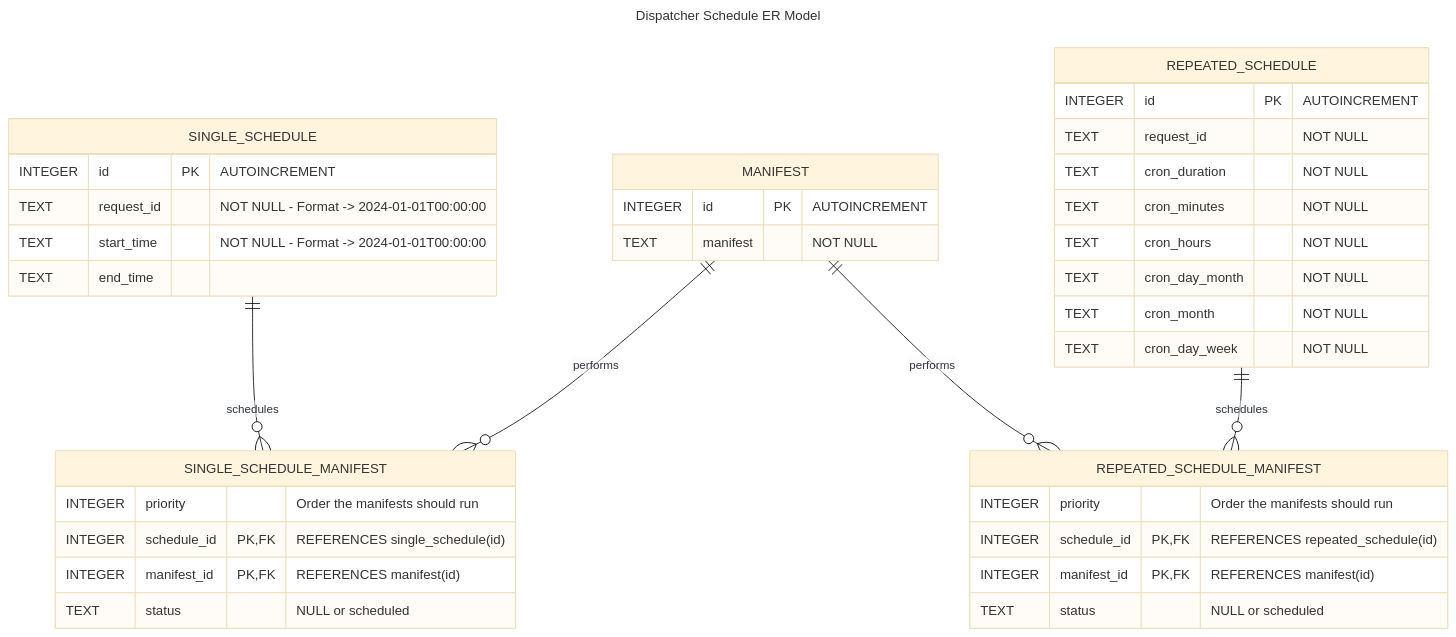
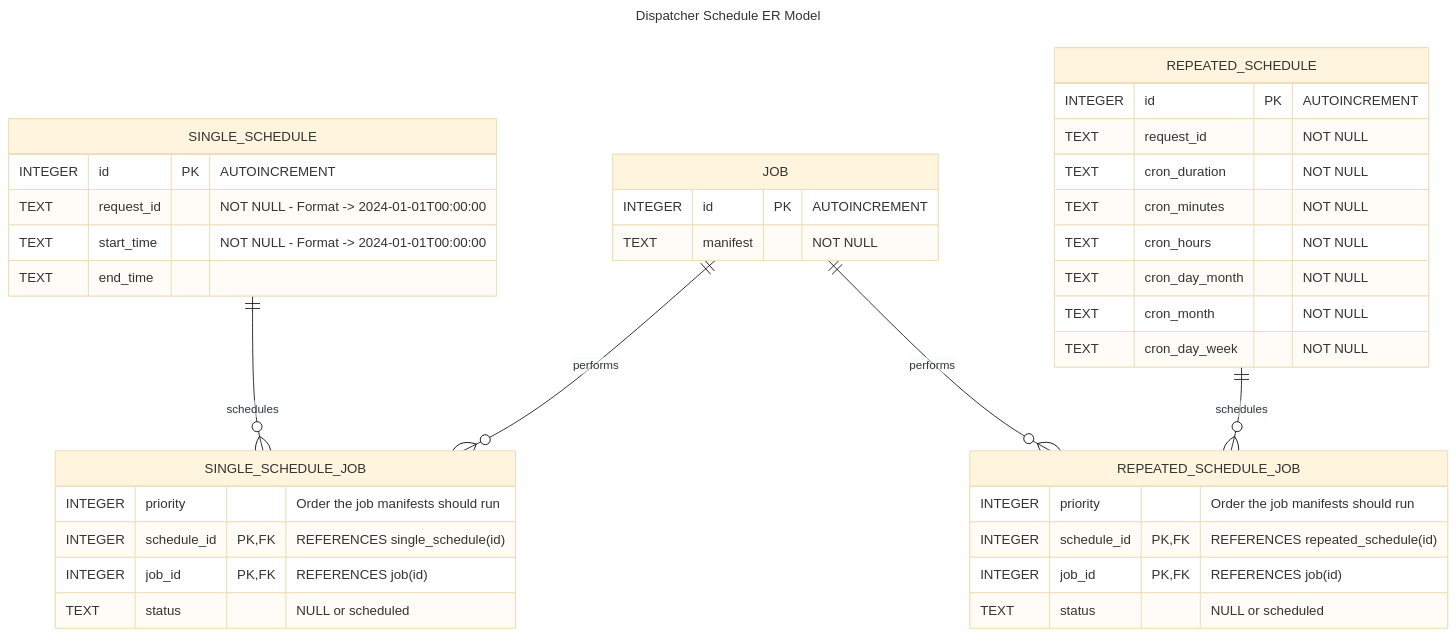
One commit to intel/intel-inb-manageability changed the diagram in docs/Dispatcher Scheduling DB Design.md. Above: the diagram before and after it, drawn with Mermaid (base theme). The commit also changed other lines of this file and 5 other files, not shown here.

Commit message:
change manifest table to job table and other fixes and changes

````diff
--- a/docs/Dispatcher Scheduling DB Design.md
+++ b/docs/Dispatcher Scheduling DB Design.md
@@ -22,49 +22,49 @@
 ```mermaid
 ---
 
 title: Dispatcher Schedule ER Model
 
 ---
 
 erDiagram
-    SINGLE_SCHEDULE ||--o{ SINGLE_SCHEDULE_MANIFEST : schedules
-    SINGLE_SCHEDULE_MANIFEST {
-        INTEGER priority "Order the manifests should run"
+    SINGLE_SCHEDULE ||--o{ SINGLE_SCHEDULE_JOB : schedules
+    SINGLE_SCHEDULE_JOB {
+        INTEGER priority "Order the job manifests should run"
         INTEGER schedule_id PK, FK "REFERENCES single_schedule(id)"
-        INTEGER manifest_id PK, FK "REFERENCES manifest(id)"
+        INTEGER job_id PK, FK "REFERENCES job(id)"
         TEXT status "NULL or scheduled"
     }
 
     SINGLE_SCHEDULE {
         INTEGER id PK "AUTOINCREMENT"
         TEXT request_id "NOT NULL - Format -> 2024-01-01T00:00:00"
         TEXT start_time "NOT NULL - Format -> 2024-01-01T00:00:00"
         TEXT end_time
     }
-    MANIFEST ||--o{ SINGLE_SCHEDULE_MANIFEST : performs
-    MANIFEST ||--o{ REPEATED_SCHEDULE_MANIFEST : performs
+    JOB ||--o{ SINGLE_SCHEDULE_JOB: performs
+    JOB ||--o{ REPEATED_SCHEDULE_JOB : performs
 
-    MANIFEST {
+    JOB {
         INTEGER id PK "AUTOINCREMENT"
         TEXT manifest "NOT NULL"
     }
-    REPEATED_SCHEDULE ||--o{ REPEATED_SCHEDULE_MANIFEST : schedules
-    REPEATED_SCHEDULE_MANIFEST {
-        INTEGER priority "Order the manifests should run"
+    REPEATED_SCHEDULE ||--o{ REPEATED_SCHEDULE_JOB : schedules
+    REPEATED_SCHEDULE_JOB {
+        INTEGER priority "Order the job manifests should run"
         INTEGER schedule_id PK, FK "REFERENCES repeated_schedule(id)"
-        INTEGER manifest_id PK, FK "REFERENCES manifest(id)"
+        INTEGER job_id PK, FK "REFERENCES job(id)"
         TEXT status "NULL or scheduled"
     }
 
     REPEATED_SCHEDULE {
         INTEGER id PK "AUTOINCREMENT"
         TEXT request_id "NOT NULL"
         TEXT cron_duration "NOT NULL"
         TEXT cron_minutes "NOT NULL"
         TEXT cron_hours "NOT NULL"
         TEXT cron_day_month "NOT NULL"
         TEXT cron_month "NOT NULL"
         TEXT cron_day_week "NOT NULL"
     }
     
 ```
````
